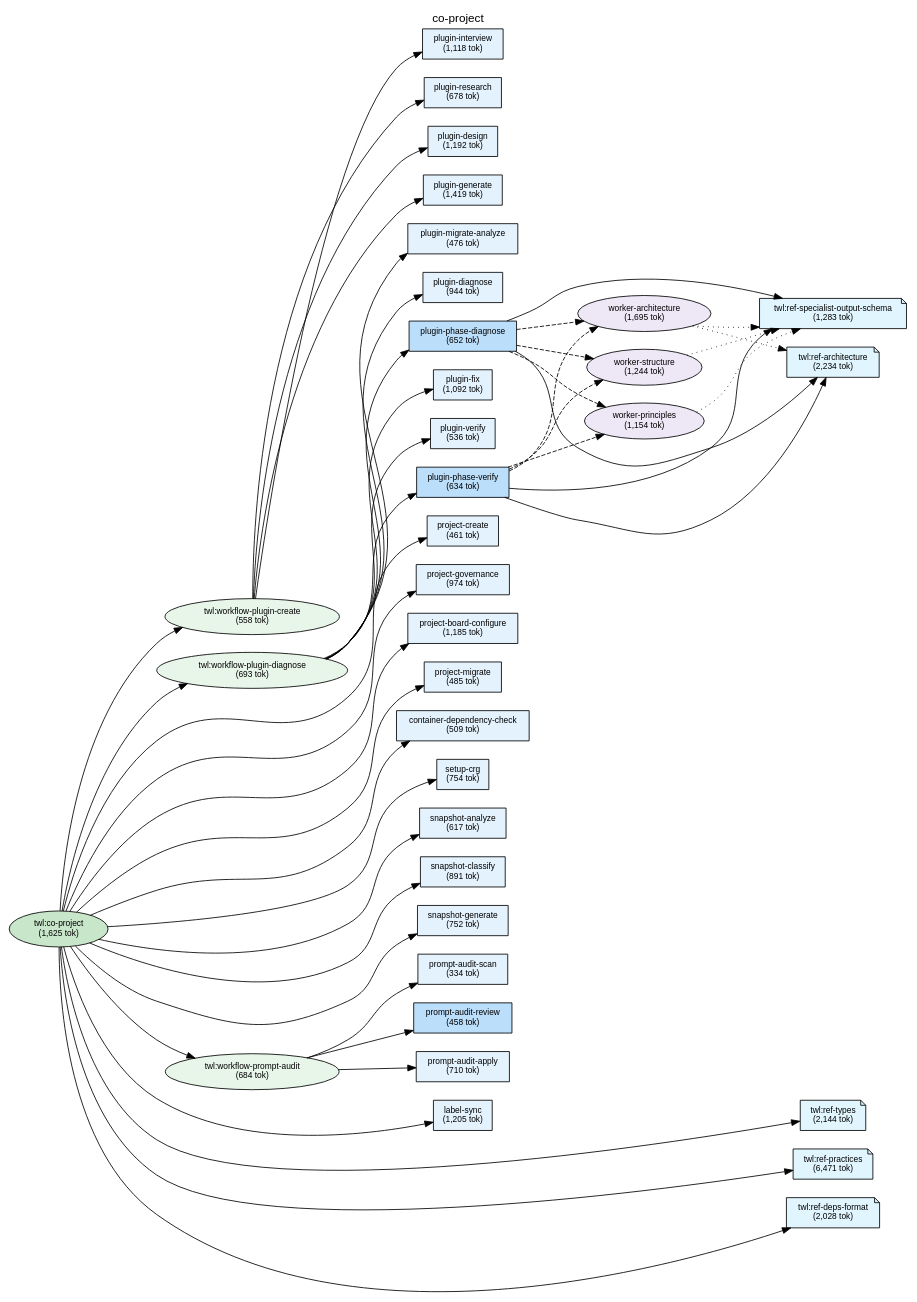
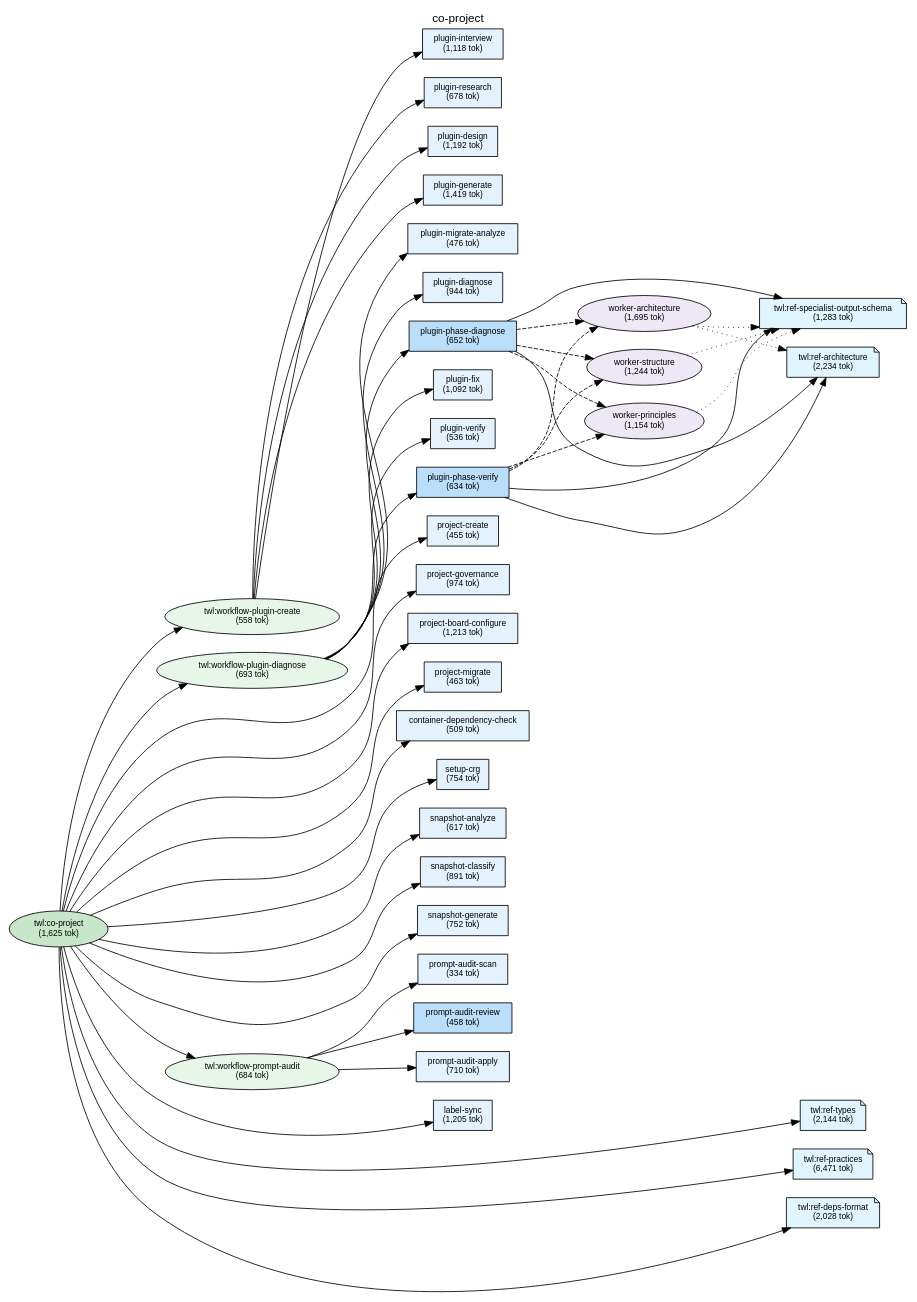
The diagram in plugins/twl/docs/deps-co-project.dot (shuu5/twill), drawn with Graphviz before and after one commit. The commit also changed 33 other files, not shown here.

```diff
--- a/plugins/twl/docs/deps-co-project.dot
+++ b/plugins/twl/docs/deps-co-project.dot
@@ -1,158 +1,158 @@
 digraph Dependencies {
     // Graph settings
     rankdir=LR;
     ranksep=0.8;
     nodesep=0.3;
     fontname="Helvetica";
     node [fontname="Helvetica", fontsize=10];
     edge [fontname="Helvetica", fontsize=9];
     label="co-project";
     labelloc=t;
     fontsize=14;
 
     // L0: Controller Skills
     skill_co_project [label="twl:co-project\n(1,625 tok)", shape=ellipse, style=filled, fillcolor="#c8e6c9"];
 
     // L0: Launchers
 
     // L0.5: Workflow Skills
     skill_workflow_plugin_create [label="twl:workflow-plugin-create\n(558 tok)", shape=ellipse, style=filled, fillcolor="#e8f5e9"];
     skill_workflow_plugin_diagnose [label="twl:workflow-plugin-diagnose\n(693 tok)", shape=ellipse, style=filled, fillcolor="#e8f5e9"];
     skill_workflow_prompt_audit [label="twl:workflow-prompt-audit\n(684 tok)", shape=ellipse, style=filled, fillcolor="#e8f5e9"];
 
     // Reference Skills
     skill_ref_specialist_output_schema [label="twl:ref-specialist-output-schema\n(1,283 tok)", shape=note, style=filled, fillcolor="#e1f5fe"];
     skill_ref_types [label="twl:ref-types\n(2,144 tok)", shape=note, style=filled, fillcolor="#e1f5fe"];
     skill_ref_practices [label="twl:ref-practices\n(6,471 tok)", shape=note, style=filled, fillcolor="#e1f5fe"];
     skill_ref_deps_format [label="twl:ref-deps-format\n(2,028 tok)", shape=note, style=filled, fillcolor="#e1f5fe"];
     skill_ref_architecture [label="twl:ref-architecture\n(2,234 tok)", shape=note, style=filled, fillcolor="#e1f5fe"];
 
     // L1: Direct Commands
     cmd_label_sync [label="label-sync\n(1,205 tok)", shape=box, style=filled, fillcolor="#e3f2fd"];
-    cmd_project_create [label="project-create\n(461 tok)", shape=box, style=filled, fillcolor="#e3f2fd"];
-    cmd_project_board_configure [label="project-board-configure\n(1,185 tok)", shape=box, style=filled, fillcolor="#e3f2fd"];
+    cmd_project_create [label="project-create\n(455 tok)", shape=box, style=filled, fillcolor="#e3f2fd"];
+    cmd_project_board_configure [label="project-board-configure\n(1,213 tok)", shape=box, style=filled, fillcolor="#e3f2fd"];
     cmd_project_governance [label="project-governance\n(974 tok)", shape=box, style=filled, fillcolor="#e3f2fd"];
-    cmd_project_migrate [label="project-migrate\n(485 tok)", shape=box, style=filled, fillcolor="#e3f2fd"];
+    cmd_project_migrate [label="project-migrate\n(463 tok)", shape=box, style=filled, fillcolor="#e3f2fd"];
     cmd_container_dependency_check [label="container-dependency-check\n(509 tok)", shape=box, style=filled, fillcolor="#e3f2fd"];
     cmd_setup_crg [label="setup-crg\n(754 tok)", shape=box, style=filled, fillcolor="#e3f2fd"];
     cmd_snapshot_analyze [label="snapshot-analyze\n(617 tok)", shape=box, style=filled, fillcolor="#e3f2fd"];
     cmd_snapshot_classify [label="snapshot-classify\n(891 tok)", shape=box, style=filled, fillcolor="#e3f2fd"];
     cmd_snapshot_generate [label="snapshot-generate\n(752 tok)", shape=box, style=filled, fillcolor="#e3f2fd"];
     cmd_plugin_interview [label="plugin-interview\n(1,118 tok)", shape=box, style=filled, fillcolor="#e3f2fd"];
     cmd_plugin_research [label="plugin-research\n(678 tok)", shape=box, style=filled, fillcolor="#e3f2fd"];
     cmd_plugin_design [label="plugin-design\n(1,192 tok)", shape=box, style=filled, fillcolor="#e3f2fd"];
     cmd_plugin_generate [label="plugin-generate\n(1,419 tok)", shape=box, style=filled, fillcolor="#e3f2fd"];
     cmd_plugin_migrate_analyze [label="plugin-migrate-analyze\n(476 tok)", shape=box, style=filled, fillcolor="#e3f2fd"];
     cmd_prompt_audit_scan [label="prompt-audit-scan\n(334 tok)", shape=box, style=filled, fillcolor="#e3f2fd"];
     cmd_prompt_audit_review [label="prompt-audit-review\n(458 tok)", shape=box, style=filled, fillcolor="#bbdefb"];
     cmd_prompt_audit_apply [label="prompt-audit-apply\n(710 tok)", shape=box, style=filled, fillcolor="#e3f2fd"];
     cmd_plugin_diagnose [label="plugin-diagnose\n(944 tok)", shape=box, style=filled, fillcolor="#e3f2fd"];
     cmd_plugin_fix [label="plugin-fix\n(1,092 tok)", shape=box, style=filled, fillcolor="#e3f2fd"];
     cmd_plugin_verify [label="plugin-verify\n(536 tok)", shape=box, style=filled, fillcolor="#e3f2fd"];
     cmd_plugin_phase_diagnose [label="plugin-phase-diagnose\n(652 tok)", shape=box, style=filled, fillcolor="#bbdefb"];
     cmd_plugin_phase_verify [label="plugin-phase-verify\n(634 tok)", shape=box, style=filled, fillcolor="#bbdefb"];
 
     // L2: Sub Commands
 
     // L3: Agents
     agent_worker_structure [label="worker-structure\n(1,244 tok)", shape=ellipse, style=filled, fillcolor="#ede7f6"];
     agent_worker_principles [label="worker-principles\n(1,154 tok)", shape=ellipse, style=filled, fillcolor="#ede7f6"];
     agent_worker_architecture [label="worker-architecture\n(1,695 tok)", shape=ellipse, style=filled, fillcolor="#ede7f6"];
 
     // L3.5: Scripts
 
     // L4: External
 
     // Layer constraints
     { rank=same; skill_co_project; }
     { rank=same; skill_workflow_plugin_create; skill_workflow_plugin_diagnose; skill_workflow_prompt_audit; }
     { rank=same; skill_ref_specialist_output_schema; skill_ref_types; skill_ref_practices; skill_ref_deps_format; skill_ref_architecture; }
     { rank=same; cmd_label_sync; cmd_project_create; cmd_project_board_configure; cmd_project_governance; cmd_project_migrate; cmd_container_dependency_check; cmd_setup_crg; cmd_snapshot_analyze; cmd_snapshot_classify; cmd_snapshot_generate; cmd_plugin_interview; cmd_plugin_research; cmd_plugin_design; cmd_plugin_generate; cmd_plugin_migrate_analyze; cmd_prompt_audit_scan; cmd_prompt_audit_review; cmd_prompt_audit_apply; cmd_plugin_diagnose; cmd_plugin_fix; cmd_plugin_verify; cmd_plugin_phase_diagnose; cmd_plugin_phase_verify; }
     { rank=same; agent_worker_structure; agent_worker_principles; agent_worker_architecture; }
 
     // Edges
     skill_co_project -> cmd_project_create;
     skill_co_project -> cmd_project_governance;
     skill_co_project -> cmd_project_board_configure;
     skill_co_project -> cmd_project_migrate;
     skill_co_project -> cmd_container_dependency_check;
     skill_co_project -> cmd_setup_crg;
     skill_co_project -> cmd_snapshot_analyze;
     skill_co_project -> cmd_snapshot_classify;
     skill_co_project -> cmd_snapshot_generate;
     skill_co_project -> skill_workflow_plugin_create;
     skill_co_project -> skill_workflow_plugin_diagnose;
     skill_co_project -> skill_workflow_prompt_audit;
     skill_co_project -> cmd_label_sync;
     skill_co_project -> skill_ref_types;
     skill_co_project -> skill_ref_practices;
     skill_co_project -> skill_ref_deps_format;
     skill_workflow_plugin_create -> cmd_plugin_interview;
     skill_workflow_plugin_create -> cmd_plugin_research;
     skill_workflow_plugin_create -> cmd_plugin_design;
     skill_workflow_plugin_create -> cmd_plugin_generate;
     skill_workflow_plugin_diagnose -> cmd_plugin_migrate_analyze;
     skill_workflow_plugin_diagnose -> cmd_plugin_diagnose;
     skill_workflow_plugin_diagnose -> cmd_plugin_phase_diagnose;
     skill_workflow_plugin_diagnose -> cmd_plugin_fix;
     skill_workflow_plugin_diagnose -> cmd_plugin_verify;
     skill_workflow_plugin_diagnose -> cmd_plugin_phase_verify;
     skill_workflow_prompt_audit -> cmd_prompt_audit_scan;
     skill_workflow_prompt_audit -> cmd_prompt_audit_review;
     skill_workflow_prompt_audit -> cmd_prompt_audit_apply;
     cmd_plugin_phase_diagnose -> agent_worker_structure [style=dashed];
     cmd_plugin_phase_diagnose -> agent_worker_principles [style=dashed];
     cmd_plugin_phase_diagnose -> agent_worker_architecture [style=dashed];
     cmd_plugin_phase_diagnose -> skill_ref_specialist_output_schema;
     cmd_plugin_phase_diagnose -> skill_ref_architecture;
     cmd_plugin_phase_verify -> agent_worker_structure [style=dashed];
     cmd_plugin_phase_verify -> agent_worker_principles [style=dashed];
     cmd_plugin_phase_verify -> agent_worker_architecture [style=dashed];
     cmd_plugin_phase_verify -> skill_ref_specialist_output_schema;
     cmd_plugin_phase_verify -> skill_ref_architecture;
     agent_worker_structure -> skill_ref_specialist_output_schema [style=dotted];
     agent_worker_principles -> skill_ref_specialist_output_schema [style=dotted];
     agent_worker_architecture -> skill_ref_specialist_output_schema [style=dotted];
     agent_worker_architecture -> skill_ref_architecture [style=dotted];
 
     // Ordering constraints (invisible edges)
     cmd_project_create -> cmd_project_governance [style=invis, weight=10];
     cmd_project_governance -> cmd_project_board_configure [style=invis, weight=10];
     cmd_project_board_configure -> cmd_project_migrate [style=invis, weight=10];
     cmd_project_migrate -> cmd_container_dependency_check [style=invis, weight=10];
     cmd_container_dependency_check -> cmd_setup_crg [style=invis, weight=10];
     cmd_setup_crg -> cmd_snapshot_analyze [style=invis, weight=10];
     cmd_snapshot_analyze -> cmd_snapshot_classify [style=invis, weight=10];
     cmd_snapshot_classify -> cmd_snapshot_generate [style=invis, weight=10];
     cmd_snapshot_generate -> skill_workflow_plugin_create [style=invis, weight=10];
     skill_workflow_plugin_create -> skill_workflow_plugin_diagnose [style=invis, weight=10];
     skill_workflow_plugin_diagnose -> skill_workflow_prompt_audit [style=invis, weight=10];
     skill_workflow_prompt_audit -> cmd_label_sync [style=invis, weight=10];
     cmd_label_sync -> skill_ref_types [style=invis, weight=10];
     skill_ref_types -> skill_ref_practices [style=invis, weight=10];
     skill_ref_practices -> skill_ref_deps_format [style=invis, weight=10];
     cmd_plugin_interview -> cmd_plugin_research [style=invis, weight=10];
     cmd_plugin_research -> cmd_plugin_design [style=invis, weight=10];
     cmd_plugin_design -> cmd_plugin_generate [style=invis, weight=10];
     cmd_plugin_migrate_analyze -> cmd_plugin_diagnose [style=invis, weight=10];
     cmd_plugin_diagnose -> cmd_plugin_phase_diagnose [style=invis, weight=10];
     cmd_plugin_phase_diagnose -> cmd_plugin_fix [style=invis, weight=10];
     cmd_plugin_fix -> cmd_plugin_verify [style=invis, weight=10];
     cmd_plugin_verify -> cmd_plugin_phase_verify [style=invis, weight=10];
     cmd_prompt_audit_scan -> cmd_prompt_audit_review [style=invis, weight=10];
     cmd_prompt_audit_review -> cmd_prompt_audit_apply [style=invis, weight=10];
     agent_worker_structure -> agent_worker_principles [style=invis, weight=10];
     agent_worker_principles -> agent_worker_architecture [style=invis, weight=10];
     agent_worker_architecture -> skill_ref_specialist_output_schema [style=invis, weight=10];
     skill_ref_specialist_output_schema -> skill_ref_architecture [style=invis, weight=10];
     agent_worker_structure -> agent_worker_principles [style=invis, weight=10];
     agent_worker_principles -> agent_worker_architecture [style=invis, weight=10];
     agent_worker_architecture -> skill_ref_specialist_output_schema [style=invis, weight=10];
     skill_ref_specialist_output_schema -> skill_ref_architecture [style=invis, weight=10];
     agent_worker_structure -> agent_worker_principles [style=invis, weight=10];
     agent_worker_architecture -> agent_worker_structure [style=invis, weight=10];
     agent_worker_structure -> agent_worker_principles [style=invis, weight=10];
     agent_worker_principles -> skill_ref_specialist_output_schema [style=invis, weight=10];
     agent_worker_structure -> agent_worker_principles [style=invis, weight=10];
 
 }
```
